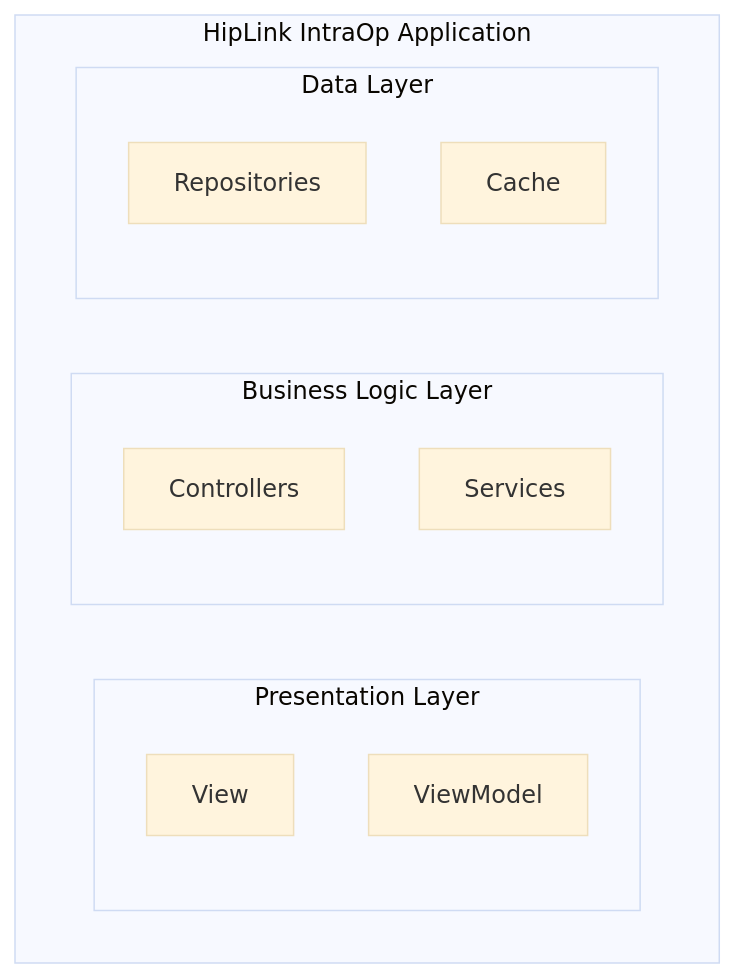
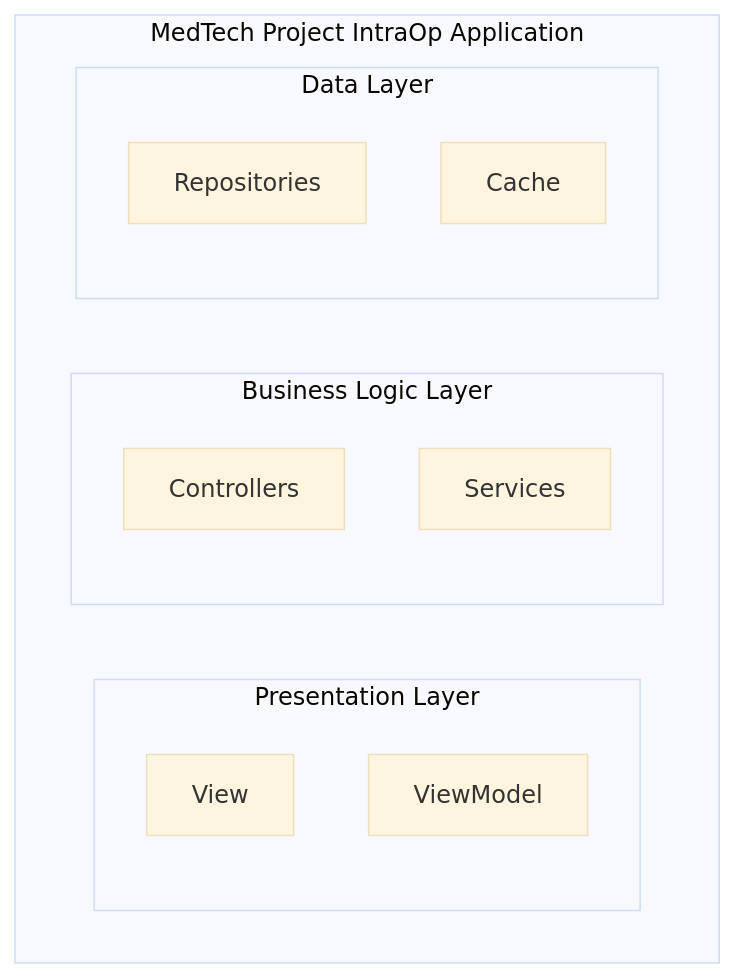
Before and after one commit to issamjadar-eng/PDLC_DEMO: the first of 3 diagrams in .claude/skills/docflow/references/mermaid-rule-packs/type-b-logical.md, drawn with Mermaid (base theme). The commit also changed other lines of this file and 88 other files, not shown here.

````diff
--- a/.claude/skills/docflow/references/mermaid-rule-packs/type-b-logical.md
+++ b/.claude/skills/docflow/references/mermaid-rule-packs/type-b-logical.md
@@ -34,17 +34,17 @@
 ```mermaid
 flowchart TB
-    subgraph App["HipLink IntraOp Application"]
+    subgraph App["MedTech Project IntraOp Application"]
         subgraph Presentation["Presentation Layer"]
             View[View]
             ViewModel[ViewModel]
         end
         subgraph Business["Business Logic Layer"]
             Ctrl[Controllers]
             Svc[Services]
         end
         subgraph Data["Data Layer"]
             Repo[Repositories]
             Cache[Cache]
         end
     end
 ```
````
